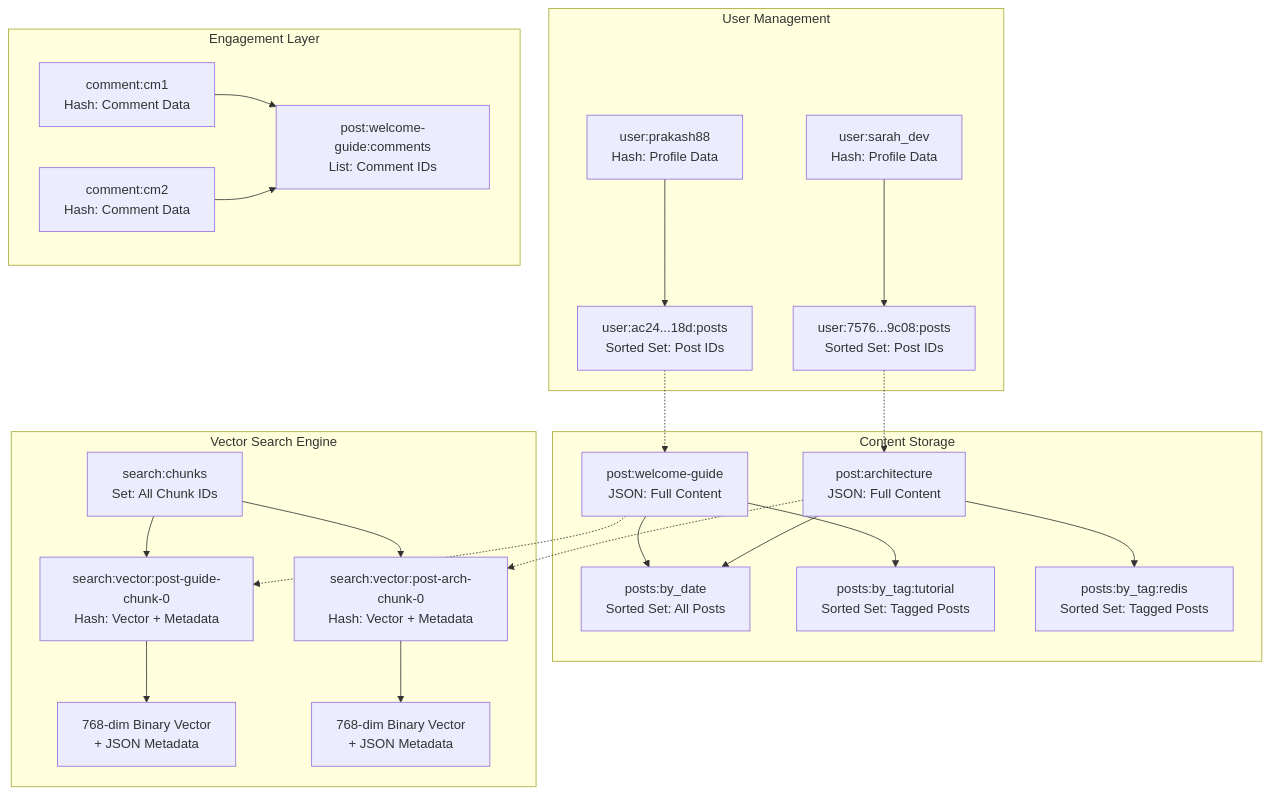
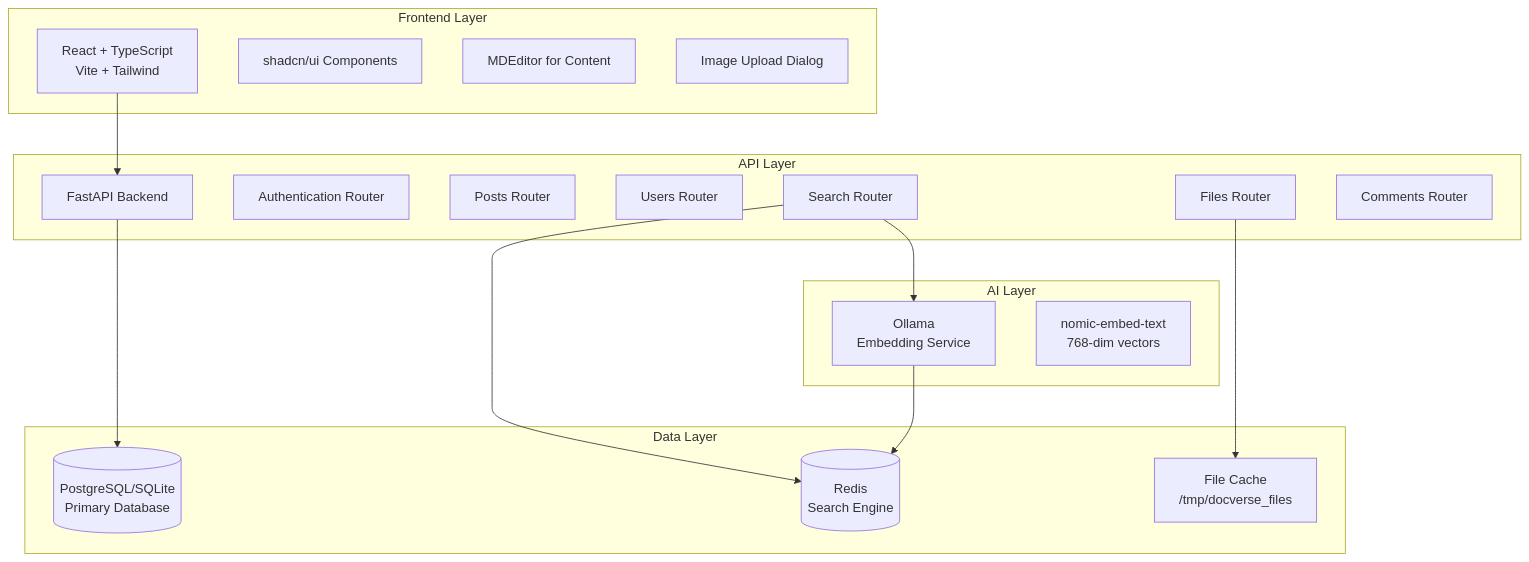
The first of 7 diagrams in readme.md (ITechGenie/itg-docverse), drawn with Mermaid before and after one commit. The commit also changed other lines of this file and 8 other files, not shown here.

````diff
--- a/readme.md
+++ b/readme.md
@@ -185,31 +40,37 @@
 ```mermaid
 graph TB
-    subgraph "User Management"
-        A[user:prakash88<br/>Hash: Profile Data] --> B[user:ac24...18d:posts<br/>Sorted Set: Post IDs]
-        C[user:sarah_dev<br/>Hash: Profile Data] --> D[user:7576...9c08:posts<br/>Sorted Set: Post IDs]
+    subgraph "Frontend Layer"
+        A[React + TypeScript<br/>Vite + Tailwind]
+        A1[shadcn/ui Components]
+        A2[MDEditor for Content]
+        A3[Image Upload Dialog]
     end
     
-    subgraph "Content Storage"
-        E[post:welcome-guide<br/>JSON: Full Content] --> F[posts:by_date<br/>Sorted Set: All Posts]
-        G[post:architecture<br/>JSON: Full Content] --> F
-        E --> H[posts:by_tag:tutorial<br/>Sorted Set: Tagged Posts]
-        G --> I[posts:by_tag:redis<br/>Sorted Set: Tagged Posts]
+    subgraph "API Layer"
+        B[FastAPI Backend]
+        B1[Authentication Router]
+        B2[Posts Router]
+        B3[Users Router]
+        B4[Files Router]
+        B5[Search Router]
+        B6[Comments Router]
     end
     
-    subgraph "Vector Search Engine"
-        J[search:chunks<br/>Set: All Chunk IDs] --> K[search:vector:post-guide-chunk-0<br/>Hash: Vector + Metadata]
-        J --> L[search:vector:post-arch-chunk-0<br/>Hash: Vector + Metadata]
-        K --> M[768-dim Binary Vector<br/>+ JSON Metadata]
-        L --> N[768-dim Binary Vector<br/>+ JSON Metadata]
+    subgraph "Data Layer"
+        C[(PostgreSQL/SQLite<br/>Primary Database)]
+        D[(Redis<br/>Search Engine)]
+        E[File Cache<br/>/tmp/docverse_files]
     end
     
-    subgraph "Engagement Layer"
-        O[comment:cm1<br/>Hash: Comment Data] --> P[post:welcome-guide:comments<br/>List: Comment IDs]
-        Q[comment:cm2<br/>Hash: Comment Data] --> P
+    subgraph "AI Layer"
+        F[Ollama<br/>Embedding Service]
+        F1[nomic-embed-text<br/>768-dim vectors]
     end
     
-    B -.-> E
-    D -.-> G
-    E -.-> K
-    G -.-> L
+    A --> B
+    B --> C
+    B5 --> D
+    B5 --> F
+    B4 --> E
+    F --> D
 ```
````
